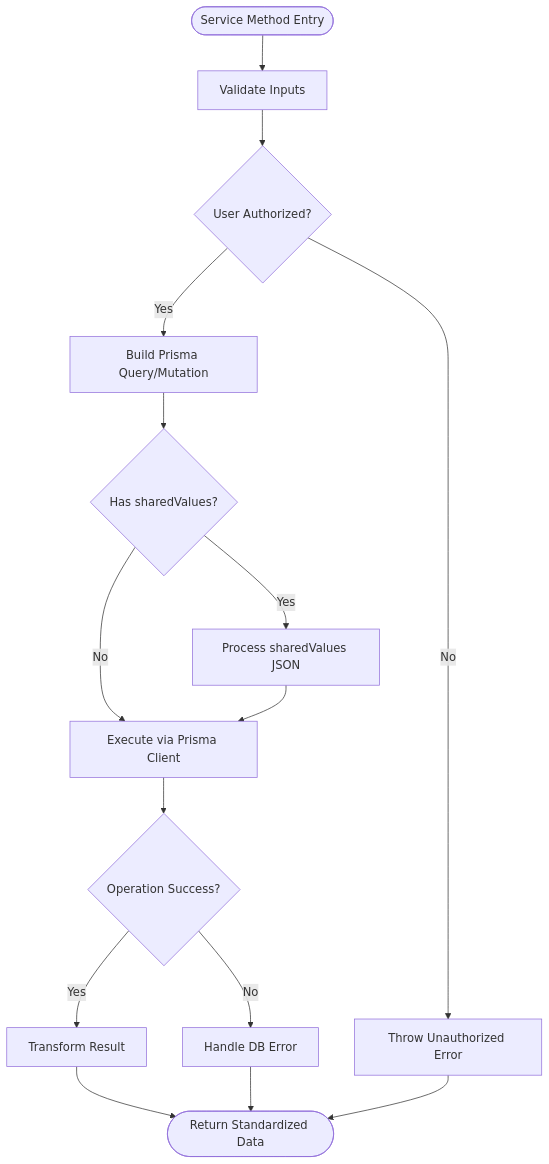
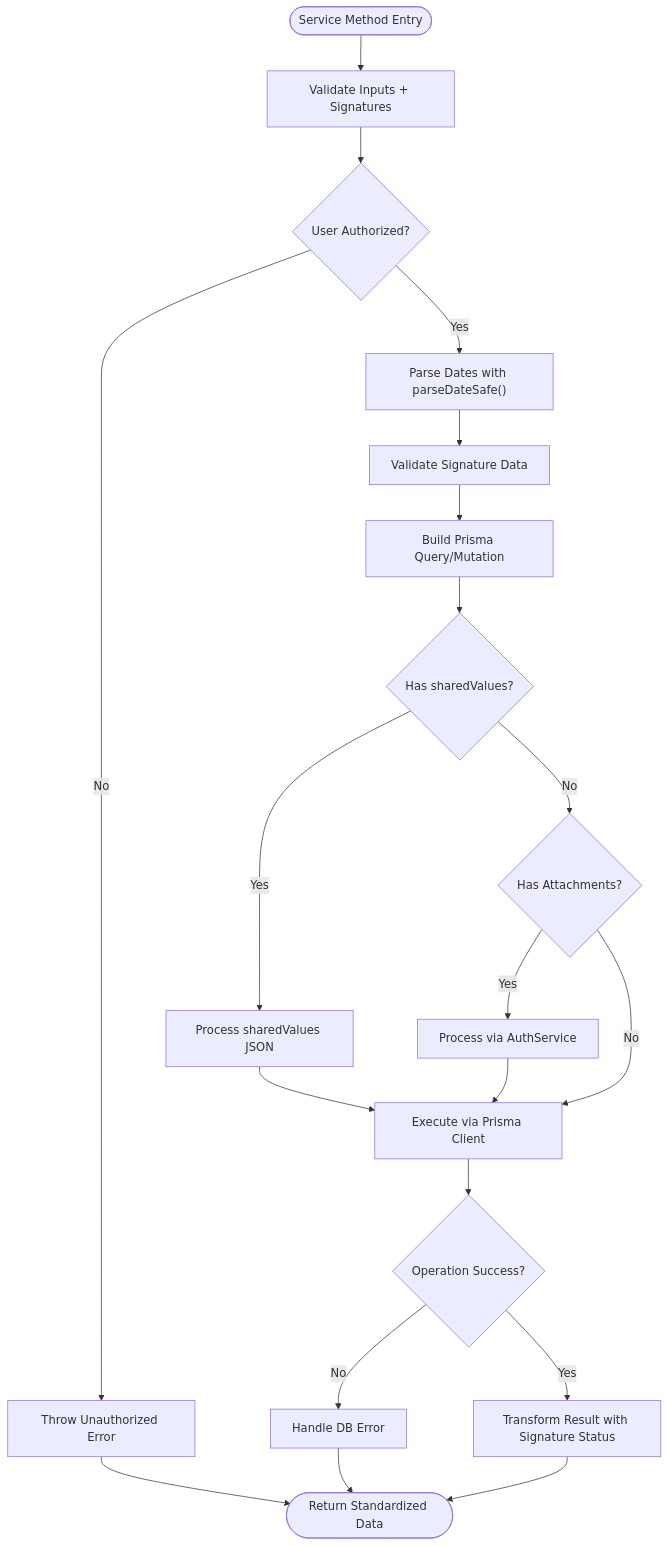
One commit to RobertRuas/windlog changed the fourth of 10 diagrams in .qoder/repowiki/en/content/Arquitetura Backend/Módulos do Sistema/Timesheet Semanal - Módulo Backend.md. Above: the diagram before and after it, drawn with Mermaid. The commit also changed other lines of this file and 136 other files, not shown here.

````diff
--- a/.qoder/repowiki/en/content/Arquitetura Backend/Módulos do Sistema/Timesheet Semanal - Módulo Backend.md
+++ b/.qoder/repowiki/en/content/Arquitetura Backend/Módulos do Sistema/Timesheet Semanal - Módulo Backend.md
@@ -220,17 +279,22 @@
 ```mermaid
 flowchart TD
-Start(["Service Method Entry"]) --> Validate["Validate Inputs"]
+Start(["Service Method Entry"]) --> Validate["Validate Inputs + Signatures"]
 Validate --> CheckAuth{"User Authorized?"}
 CheckAuth --> |No| ThrowError["Throw Unauthorized Error"]
-CheckAuth --> |Yes| BuildQuery["Build Prisma Query/Mutation"]
+CheckAuth --> |Yes| ParseDates["Parse Dates with parseDateSafe()"]
+ParseDates --> ValidateSignatures["Validate Signature Data"]
+ValidateSignatures --> BuildQuery["Build Prisma Query/Mutation"]
 BuildQuery --> HandleSharedValues{"Has sharedValues?"}
 HandleSharedValues --> |Yes| ProcessSharedValues["Process sharedValues JSON"]
-HandleSharedValues --> |No| Execute["Execute via Prisma Client"]
+HandleSharedValues --> |No| CheckAttachments{"Has Attachments?"}
+CheckAttachments --> |Yes| ProcessAttachments["Process via AuthService"]
+CheckAttachments --> |No| Execute["Execute via Prisma Client"]
 ProcessSharedValues --> Execute
+ProcessAttachments --> Execute
 Execute --> Success{"Operation Success?"}
 Success --> |No| HandleError["Handle DB Error"]
-Success --> |Yes| Transform["Transform Result"]
+Success --> |Yes| Transform["Transform Result with Signature Status"]
 Transform --> Return(["Return Standardized Data"])
 HandleError --> Return
 ThrowError --> Return
 ```
````
